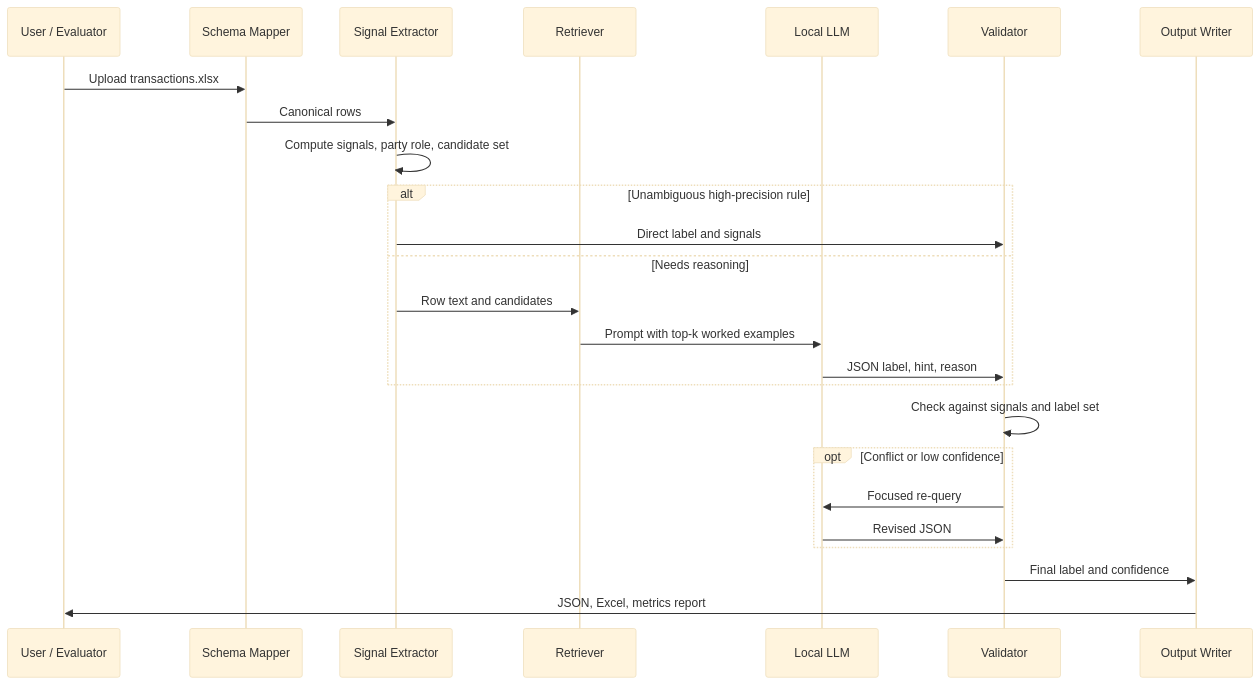
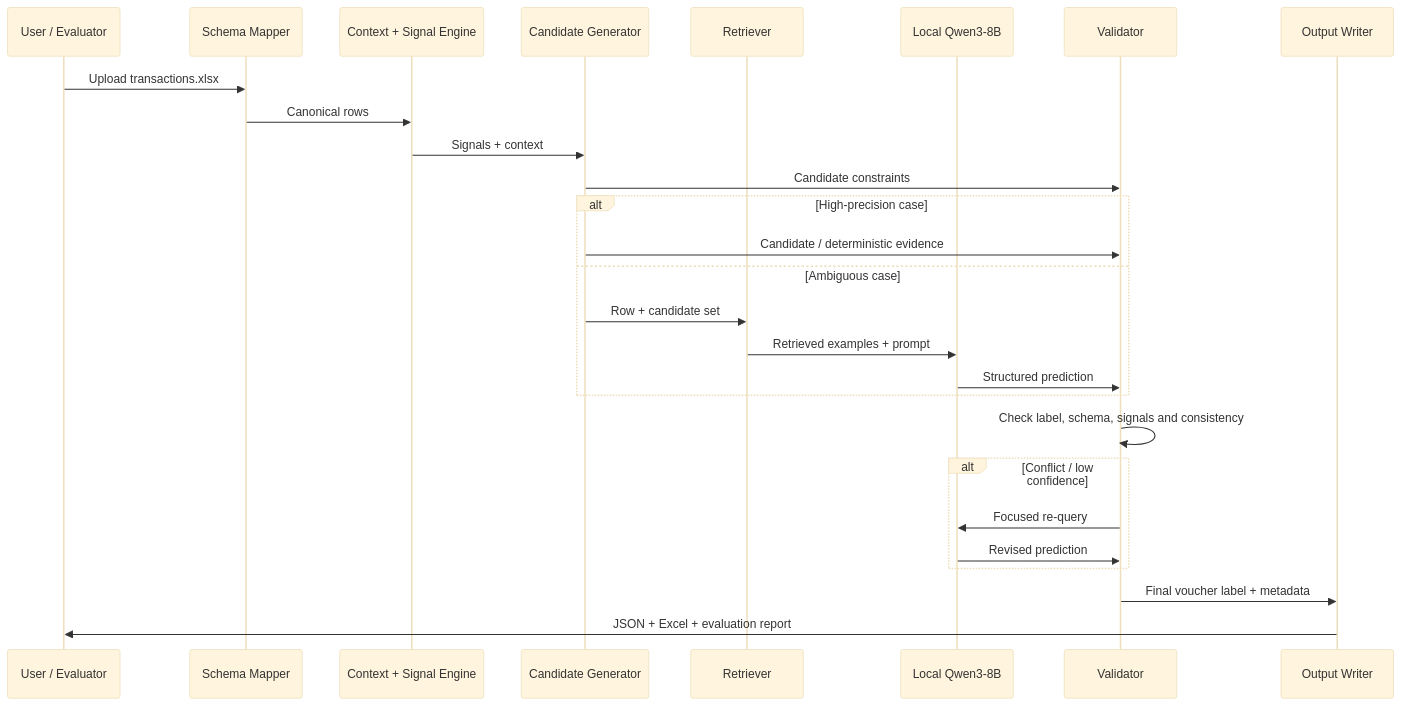
Before and after one commit to tanishqkale91-cmd/MidNighters: the second of 3 diagrams in README.md, drawn with Mermaid (base theme). The commit also changed other lines of this file, not shown here.

````diff
--- a/README.md
+++ b/README.md
@@ -279,28 +532,34 @@
 ```mermaid
 sequenceDiagram
     participant U as User / Evaluator
     participant S as Schema Mapper
-    participant X as Signal Extractor
+    participant X as Context + Signal Engine
+    participant C as Candidate Generator
     participant R as Retriever
-    participant L as Local LLM
+    participant L as Local Qwen3-8B
     participant V as Validator
     participant O as Output Writer
 
     U->>S: Upload transactions.xlsx
     S->>X: Canonical rows
-    X->>X: Compute signals, party role, candidate set
-    alt Unambiguous high-precision rule
-        X->>V: Direct label and signals
-    else Needs reasoning
-        X->>R: Row text and candidates
-        R->>L: Prompt with top-k worked examples
-        L->>V: JSON label, hint, reason
+    X->>C: Signals + context
+    C->>V: Candidate constraints
+
+    alt High-precision case
+        C->>V: Candidate / deterministic evidence
+    else Ambiguous case
+        C->>R: Row + candidate set
+        R->>L: Retrieved examples + prompt
+        L->>V: Structured prediction
     end
-    V->>V: Check against signals and label set
-    opt Conflict or low confidence
+
+    V->>V: Check label, schema, signals and consistency
+
+    alt Conflict / low confidence
         V->>L: Focused re-query
-        L->>V: Revised JSON
+        L->>V: Revised prediction
     end
-    V->>O: Final label and confidence
-    O->>U: JSON, Excel, metrics report
+
+    V->>O: Final voucher label + metadata
+    O->>U: JSON + Excel + evaluation report
 ```
````
